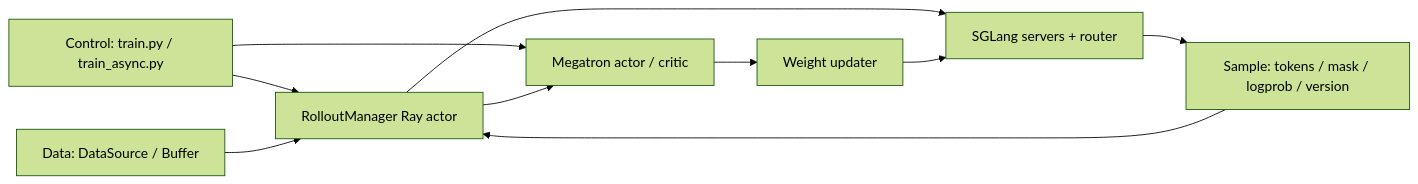
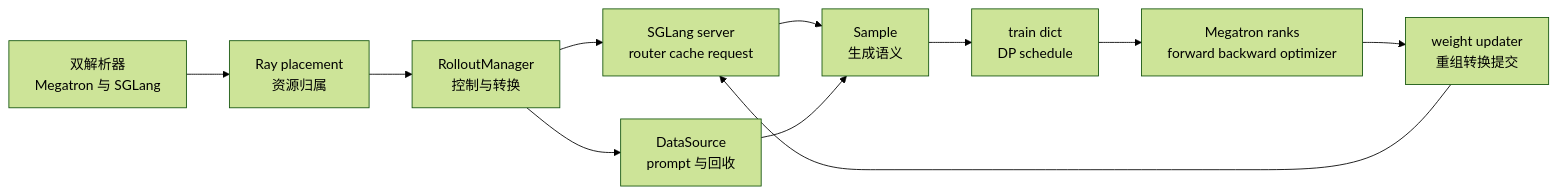
Before and after one commit to suhaibo666/llm-knowledge: the diagram in wiki/02_engineering/04_posttrain_frameworks/slime/01_slime_architecture_overview_analysis.md, drawn with Mermaid (forest theme). The commit also changed other lines of this file and 2 other files, not shown here.

Commit message:
docs: explain slime architecture and iteration design

````diff
--- a/wiki/02_engineering/04_posttrain_frameworks/slime/01_slime_architecture_overview_analysis.md
+++ b/wiki/02_engineering/04_posttrain_frameworks/slime/01_slime_architecture_overview_analysis.md
@@ -31,12 +81,13 @@
 ```mermaid
 flowchart LR
-    C["Control: train.py / train_async.py"] --> R["RolloutManager Ray actor"]
-    C --> A["Megatron actor / critic"]
-    R --> S["SGLang servers + router"]
-    D["Data: DataSource / Buffer"] --> R
-    S --> X["Sample: tokens / mask / logprob / version"]
-    X --> R
-    R --> A
-    A --> W["Weight updater"]
-    W --> S
+    CLI["双解析器<br/>Megatron 与 SGLang"] --> PG["Ray placement<br/>资源归属"]
+    PG --> RM["RolloutManager<br/>控制与转换"]
+    RM --> SG["SGLang server<br/>router cache request"]
+    RM --> DS["DataSource<br/>prompt 与回收"]
+    SG --> SA["Sample<br/>生成语义"]
+    DS --> SA
+    SA --> TD["train dict<br/>DP schedule"]
+    TD --> MG["Megatron ranks<br/>forward backward optimizer"]
+    MG --> WU["weight updater<br/>重组转换提交"]
+    WU --> SG
 ```
````
